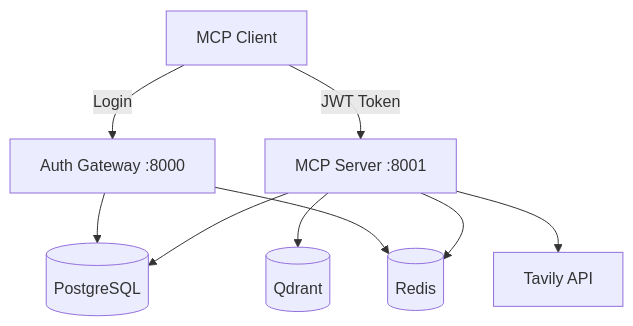
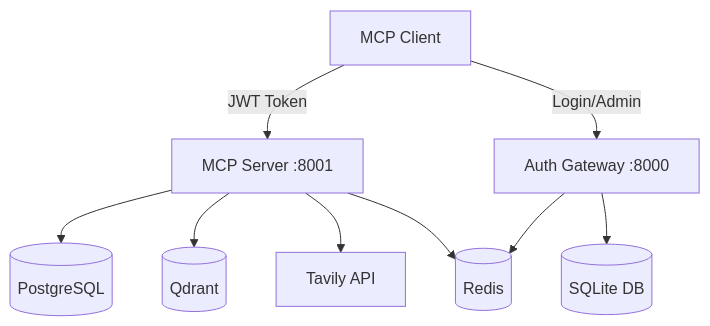
The diagram in README.md (HyunjunJeon/mcp-for-retriever), drawn with Mermaid before and after one commit. The commit also changed other lines of this file and 28 other files, not shown here.

````diff
--- a/README.md
+++ b/README.md
@@ -55,13 +61,13 @@
 ```mermaid
 graph TB
     Client[MCP Client] -->|JWT Token| MCPServer[MCP Server :8001]
-    Client -->|Login| AuthGateway[Auth Gateway :8000]
+    Client -->|Login/Admin| AuthGateway[Auth Gateway :8000]
     
-    AuthGateway --> PostgreSQL[(PostgreSQL)]
+    AuthGateway --> SQLite[(SQLite DB)]
     AuthGateway --> Redis[(Redis)]
     
-    MCPServer --> PostgreSQL
+    MCPServer --> PostgreSQL[(PostgreSQL)]
     MCPServer --> Qdrant[(Qdrant)]
     MCPServer --> Redis
     MCPServer --> Tavily[Tavily API]
 ```
````
